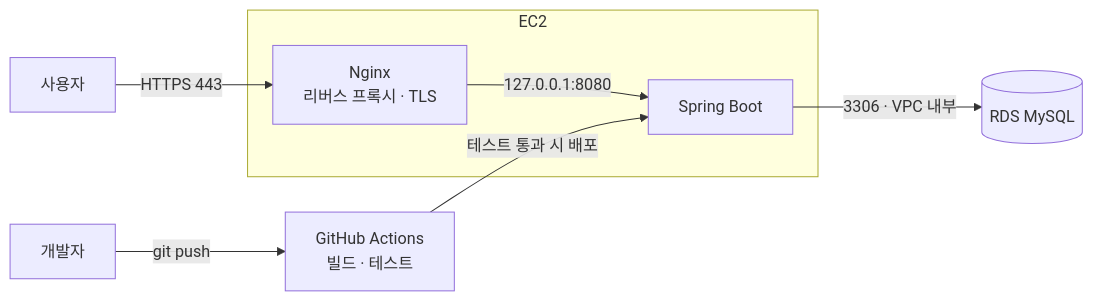
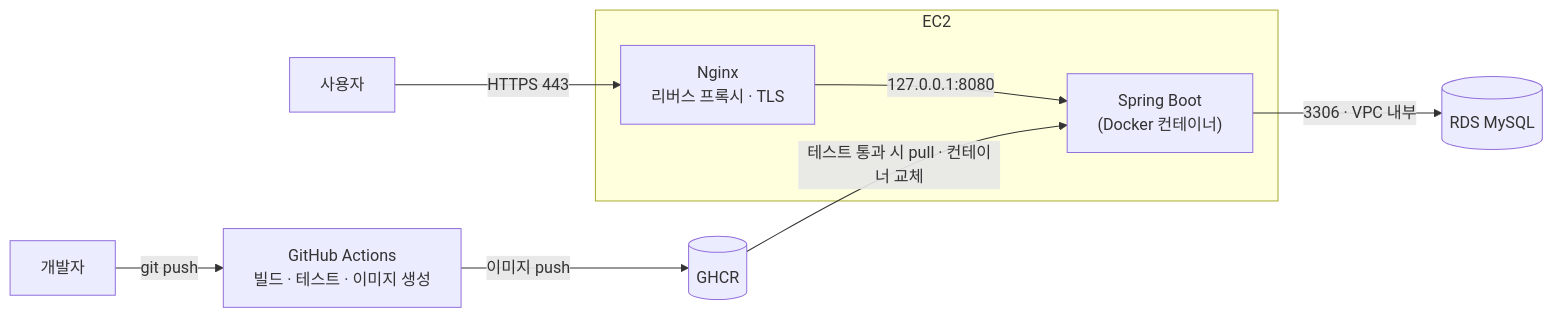
One commit to no9878/jpa_shop_project changed the diagram in README.md. Above: the diagram before and after it, drawn with Mermaid. The commit also changed other lines of this file and 1 other file, not shown here.

Commit message:
Docker 배포관련 README, deployment 수정

````diff
--- a/README.md
+++ b/README.md
@@ -22,10 +22,11 @@
 ```mermaid
 flowchart LR
     User["사용자"] -->|HTTPS 443| Nginx
     subgraph EC2["EC2"]
-        Nginx["Nginx<br/>리버스 프록시 · TLS"] -->|127.0.0.1:8080| App["Spring Boot"]
+        Nginx["Nginx<br/>리버스 프록시 · TLS"] -->|127.0.0.1:8080| App["Spring Boot<br/>(Docker 컨테이너)"]
     end
     App -->|3306 · VPC 내부| RDS[("RDS MySQL")]
-    Dev["개발자"] -->|git push| GA["GitHub Actions<br/>빌드 · 테스트"]
-    GA -->|테스트 통과 시 배포| App
+     Dev["개발자"] -->|git push| GA["GitHub Actions<br/>빌드 · 테스트 · 이미지 생성"]
+    GA -->|이미지 push| GHCR[("GHCR")]
+    GHCR -->|테스트 통과 시 pull · 컨테이너 교체| App
 ```
````
